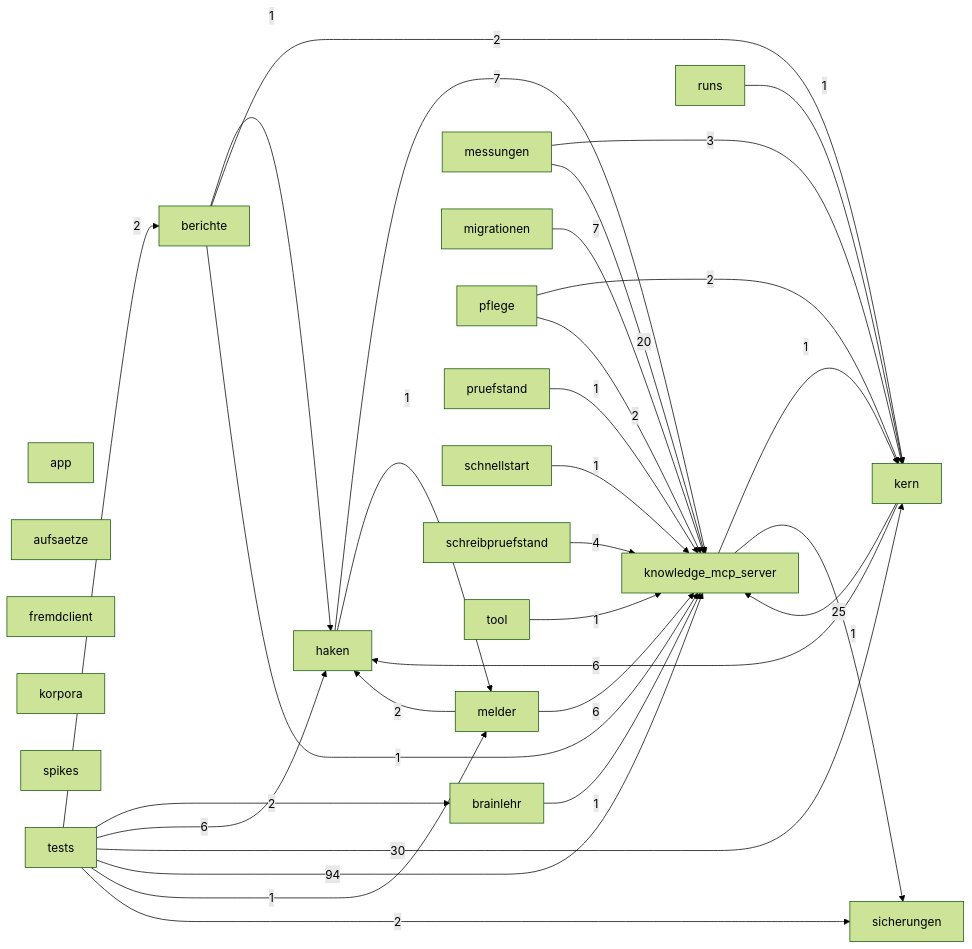
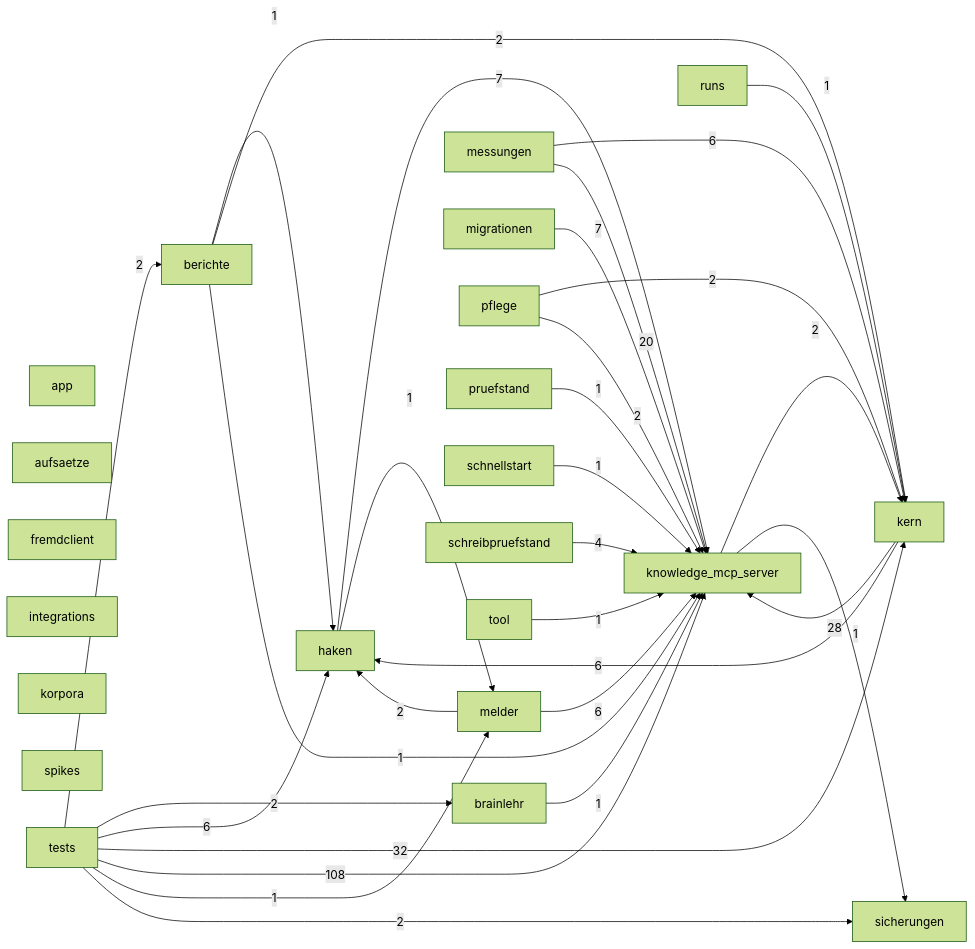
The diagram in docs/karten/code-brainlehr.md (3lehr/brainlehr), drawn with Mermaid (forest theme) before and after one commit. The commit also changed other lines of this file and 11 other files, not shown here.

````diff
--- a/docs/karten/code-brainlehr.md
+++ b/docs/karten/code-brainlehr.md
@@ -5,53 +5,54 @@
 ```mermaid
 graph LR
   app["app"]
   aufsaetze["aufsaetze"]
   berichte["berichte"]
   brainlehr["brainlehr"]
   fremdclient["fremdclient"]
   haken["haken"]
+  integrations["integrations"]
   kern["kern"]
   knowledge_mcp_server["knowledge_mcp_server"]
   korpora["korpora"]
   melder["melder"]
   messungen["messungen"]
   migrationen["migrationen"]
   pflege["pflege"]
   pruefstand["pruefstand"]
   runs["runs"]
   schnellstart["schnellstart"]
   schreibpruefstand["schreibpruefstand"]
   sicherungen["sicherungen"]
   spikes["spikes"]
   tests["tests"]
   tool["tool"]
   berichte -->|1| haken
   berichte -->|2| kern
   berichte -->|1| knowledge_mcp_server
   brainlehr -->|1| knowledge_mcp_server
   haken -->|7| knowledge_mcp_server
   haken -->|1| melder
   kern -->|6| haken
-  kern -->|25| knowledge_mcp_server
-  knowledge_mcp_server -->|1| kern
+  kern -->|28| knowledge_mcp_server
+  knowledge_mcp_server -->|2| kern
   knowledge_mcp_server -->|1| sicherungen
   melder -->|2| haken
   melder -->|6| knowledge_mcp_server
-  messungen -->|3| kern
+  messungen -->|6| kern
   messungen -->|20| knowledge_mcp_server
   migrationen -->|7| knowledge_mcp_server
   pflege -->|2| kern
   pflege -->|2| knowledge_mcp_server
   pruefstand -->|1| knowledge_mcp_server
   runs -->|1| kern
   schnellstart -->|1| knowledge_mcp_server
   schreibpruefstand -->|4| knowledge_mcp_server
   tests -->|2| berichte
   tests -->|2| brainlehr
   tests -->|6| haken
-  tests -->|30| kern
-  tests -->|94| knowledge_mcp_server
+  tests -->|32| kern
+  tests -->|108| knowledge_mcp_server
   tests -->|1| melder
   tests -->|2| sicherungen
   tool -->|1| knowledge_mcp_server
 ```
````
